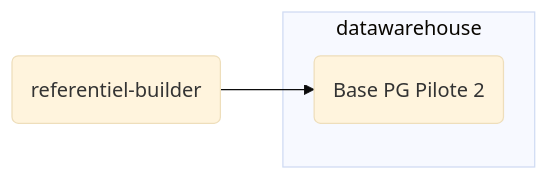
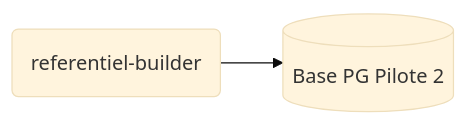
Before and after one commit to DITP-pilotage/pilote-2: the fourth of 5 diagrams in data/architecture_data.md, drawn with Mermaid (base theme). The commit also changed other lines of this file, not shown here.

Commit message:
docs: ajout du schema sur la transformation des donnees (42)

````diff
--- a/data/architecture_data.md
+++ b/data/architecture_data.md
@@ -55,7 +46,4 @@
 ``` mermaid
 graph LR
-RB(referentiel-builder) --> PG(Base PG Pilote 2)
-subgraph datawarehouse
-    PG
-end
+RB(referentiel-builder) --> PG[(Base PG Pilote 2)]
 ```
````
